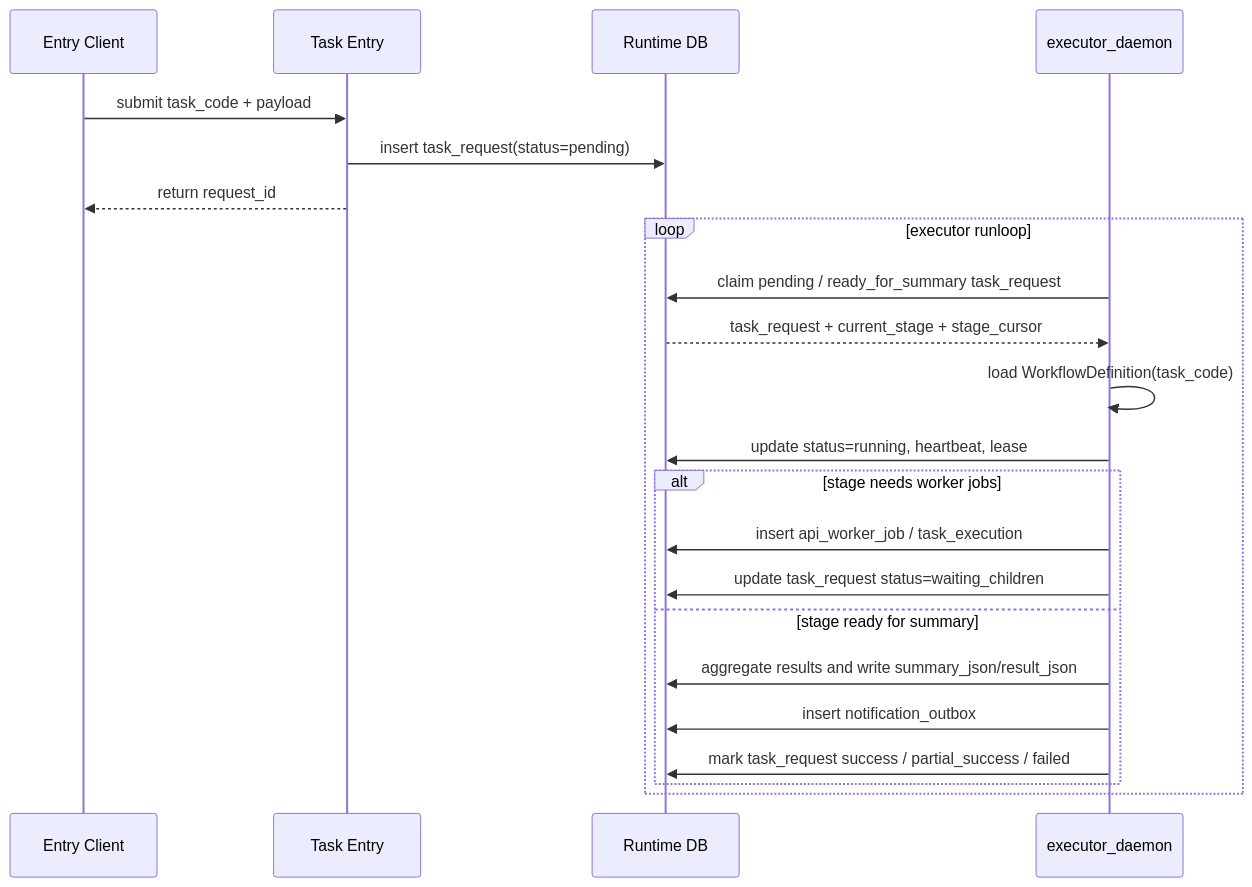
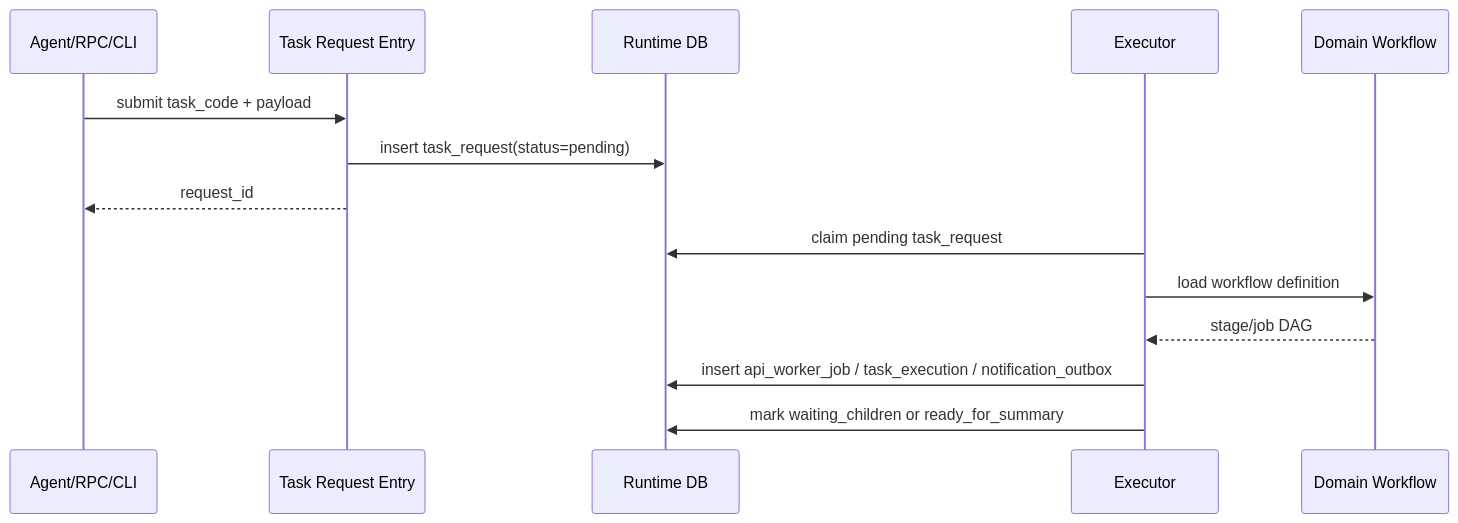
The fourth of 6 diagrams in docs/arch/current-system-architecture-design.md (knighterrantsky/mujitask), drawn with Mermaid before and after one commit. The commit also changed other lines of this file and 49 other files, not shown here.

Commit message:
Add layered architecture contracts

````diff
--- a/docs/arch/current-system-architecture-design.md
+++ b/docs/arch/current-system-architecture-design.md
@@ -245,27 +356,17 @@
 ```mermaid
 sequenceDiagram
-    participant U as Entry Client
-    participant Entry as Task Entry
+    participant U as Agent/RPC/CLI
+    participant TR as Task Request Entry
     participant DB as Runtime DB
-    participant Exec as executor_daemon
+    participant Exec as Executor
+    participant WF as Domain Workflow
 
-    U->>Entry: submit task_code + payload
-    Entry->>DB: insert task_request(status=pending)
-    Entry-->>U: return request_id
-
-    loop executor runloop
-        Exec->>DB: claim pending / ready_for_summary task_request
-        DB-->>Exec: task_request + current_stage + stage_cursor
-        Exec->>Exec: load WorkflowDefinition(task_code)
-        Exec->>DB: update status=running, heartbeat, lease
-
-        alt stage needs worker jobs
-            Exec->>DB: insert api_worker_job / task_execution
-            Exec->>DB: update task_request status=waiting_children
-        else stage ready for summary
-            Exec->>DB: aggregate results and write summary_json/result_json
-            Exec->>DB: insert notification_outbox
-            Exec->>DB: mark task_request success / partial_success / failed
-        end
-    end
+    U->>TR: submit task_code + payload
+    TR->>DB: insert task_request(status=pending)
+    TR-->>U: request_id
+    Exec->>DB: claim pending task_request
+    Exec->>WF: load workflow definition
+    WF-->>Exec: stage/job DAG
+    Exec->>DB: insert api_worker_job / task_execution / notification_outbox
+    Exec->>DB: mark waiting_children or ready_for_summary
 ```
````
